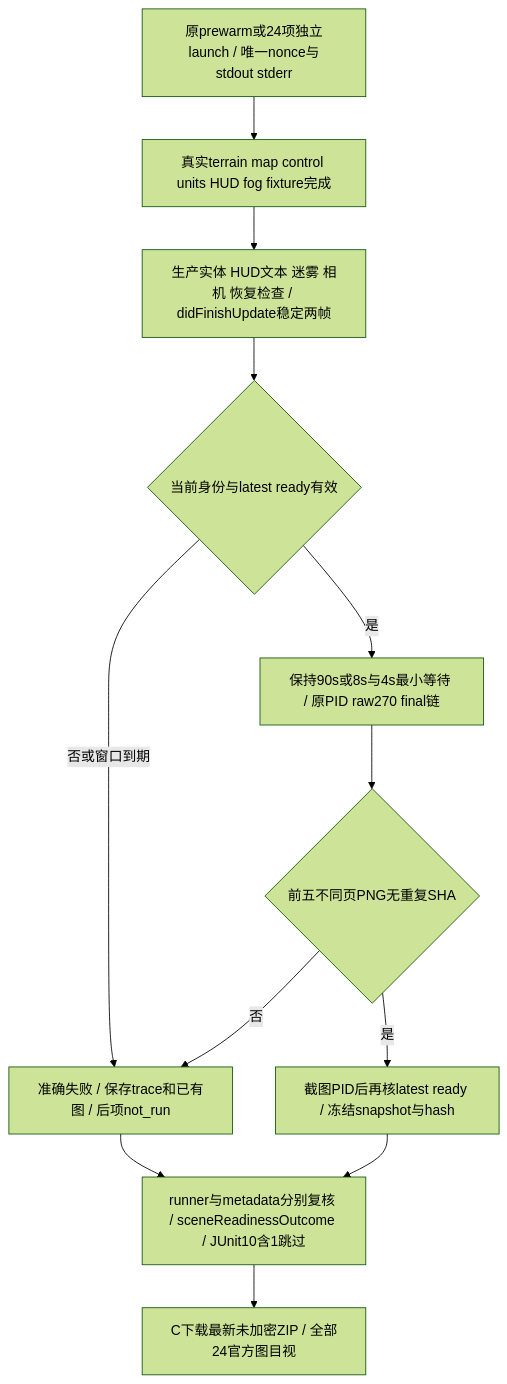
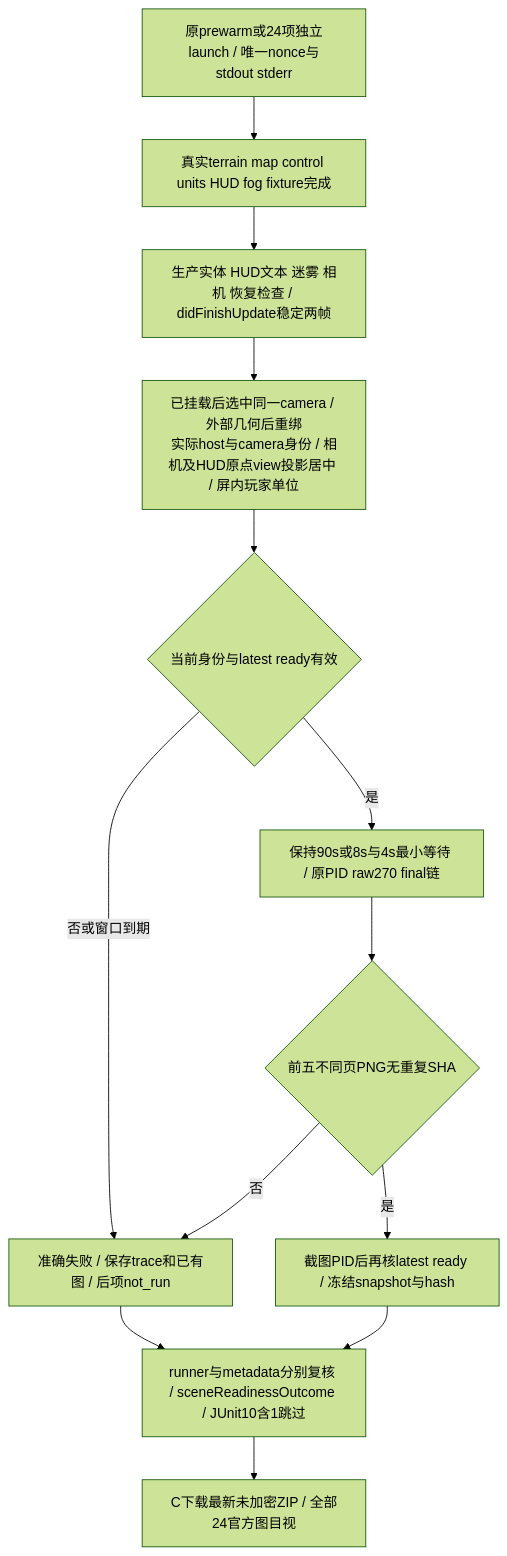
The fifth of 8 diagrams in md/flow/flowchart.md (Altman-sam114/1145), drawn with Mermaid (forest theme) before and after one commit. The commit also changed 8 other files, not shown here.

````diff
--- a/md/flow/flowchart.md
+++ b/md/flow/flowchart.md
@@ -217,14 +217,15 @@
 ```mermaid
 flowchart TD
   Launch[原prewarm或24项独立launch / 唯一nonce与stdout stderr] --> Stages[真实terrain map control units HUD fog fixture完成]
   Stages --> Frames[生产实体 HUD文本 迷雾 相机 恢复检查 / didFinishUpdate稳定两帧]
-  Frames --> Ready{当前身份与latest ready有效}
+  Frames --> Projection[已挂载后选中同一camera / 外部几何后重绑\n实际host与camera身份 / 相机及HUD原点view投影居中 / 屏内玩家单位]
+  Projection --> Ready{当前身份与latest ready有效}
   Ready -- 否或窗口到期 --> Stop[准确失败 / 保存trace和已有图 / 后项not_run]
   Ready -- 是 --> Image[保持90s或8s与4s最小等待 / 原PID raw270 final链]
   Image --> Unique{前五不同页PNG无重复SHA}
   Unique -- 否 --> Stop
   Unique -- 是 --> Seal[截图PID后再核latest ready / 冻结snapshot与hash]
   Seal --> Metadata[runner与metadata分别复核 / sceneReadinessOutcome / JUnit10含1跳过]
   Metadata --> Review[C下载最新未加密ZIP / 全部24官方图目视]
   Stop --> Metadata
 ```
````
